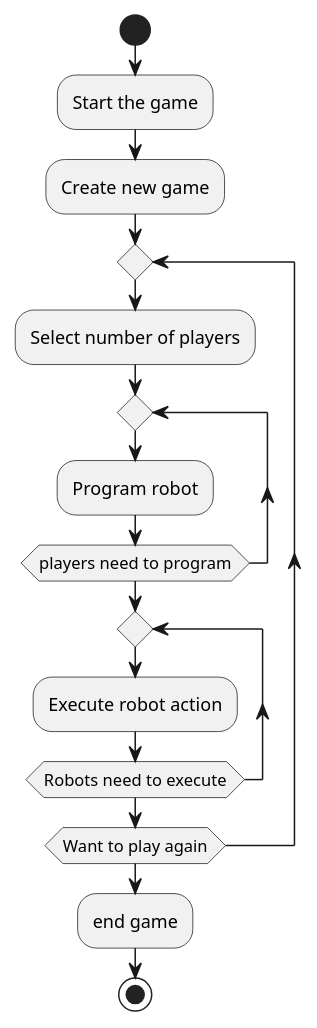
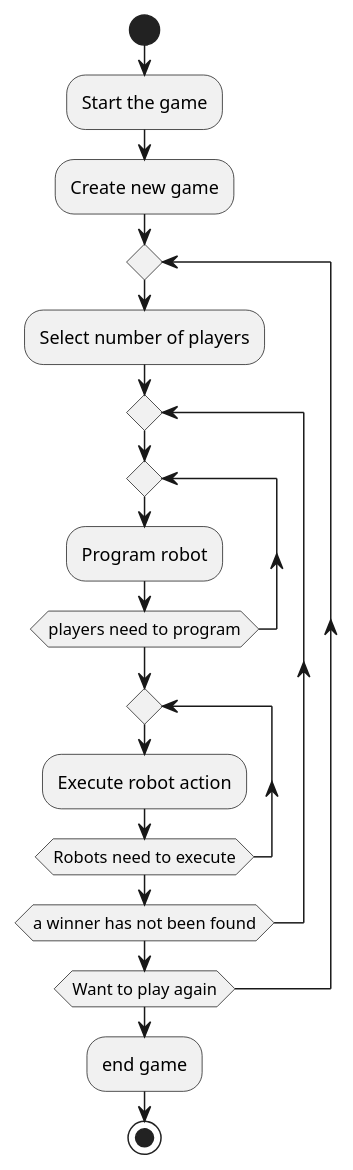
Before and after one commit to DTUSoftware/RoboRally-F22: the diagram in src/main/resources/ActivityDiagram.puml, drawn with PlantUML.

Commit message:
activity diagram zzzzzzzzzzzzzzzzzzzzzzzzzzzzzzzzzzzzzzzzzzzzzzz

```diff
--- a/src/main/resources/ActivityDiagram.puml
+++ b/src/main/resources/ActivityDiagram.puml
@@ -1,19 +1,21 @@
 @startuml
 'https://plantuml.com/activity-diagram-beta
 
 start
     :Start the game;
     :Create new game;
     repeat
         :Select number of players;
         repeat
-            :Program robot;
-        repeat while(players need to program)
-        repeat
-            :Execute robot action;
-        repeat while(Robots need to execute)
+            repeat
+                :Program robot;
+            repeat while(players need to program)
+            repeat
+                :Execute robot action;
+            repeat while(Robots need to execute)
+        repeat while(a winner has not been found)
     repeat while(Want to play again)
     :end game;
 stop
 
 @enduml
```
